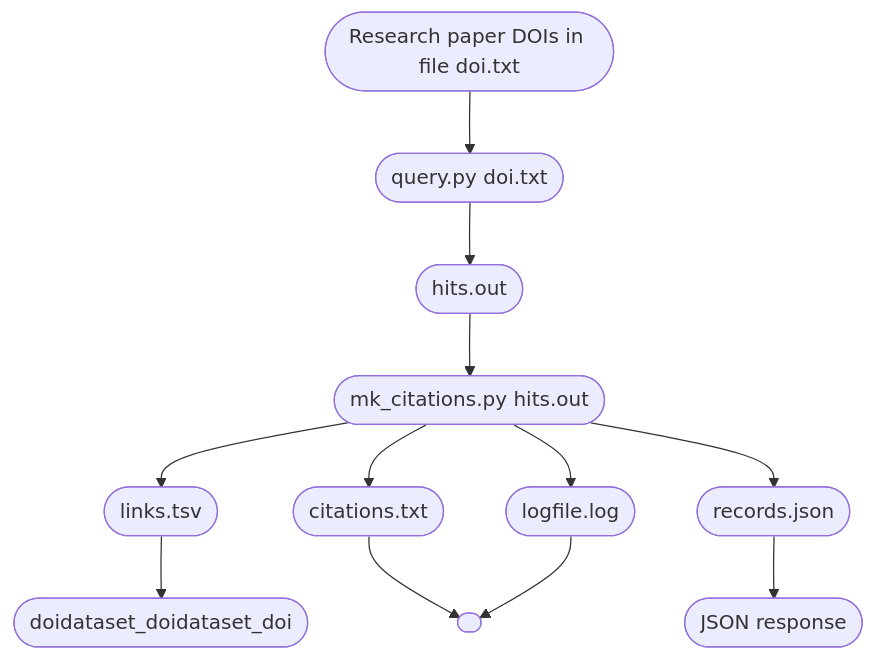
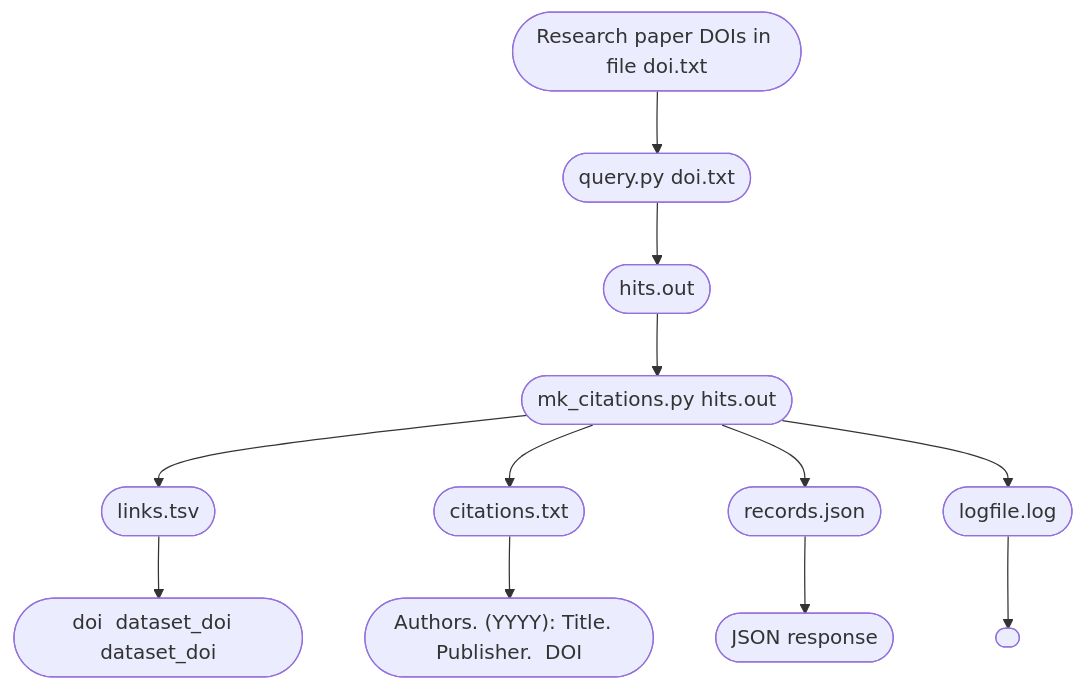
One commit to sefnyn/scholix changed the diagram in README.md. Above: the diagram before and after it, drawn with Mermaid.

````diff
--- a/README.md
+++ b/README.md
@@ -3,15 +3,15 @@
 ```mermaid
 graph TD;
     A([Research paper DOIs in file doi.txt]) --> B([query.py doi.txt]) --> C([hits.out]);
     C --> D([mk_citations.py hits.out]);
     D --> E([links.tsv]);
     D --> F([citations.txt]);
     D --> G([records.json]);
     D --> H([logfile.log]);
-    E --> J(["doi<TAB>dataset_doi<TAB>dataset_doi"]);
+    E --> J(["doi <TAB> dataset_doi <TAB> dataset_doi"]);
     F --> K(["Authors. (YYYY): Title.  Publisher.  DOI"]);
     G --> L([JSON response]);
-    H --> K([  ]);
+    H --> M([  ]);
     
 
 ```
````
